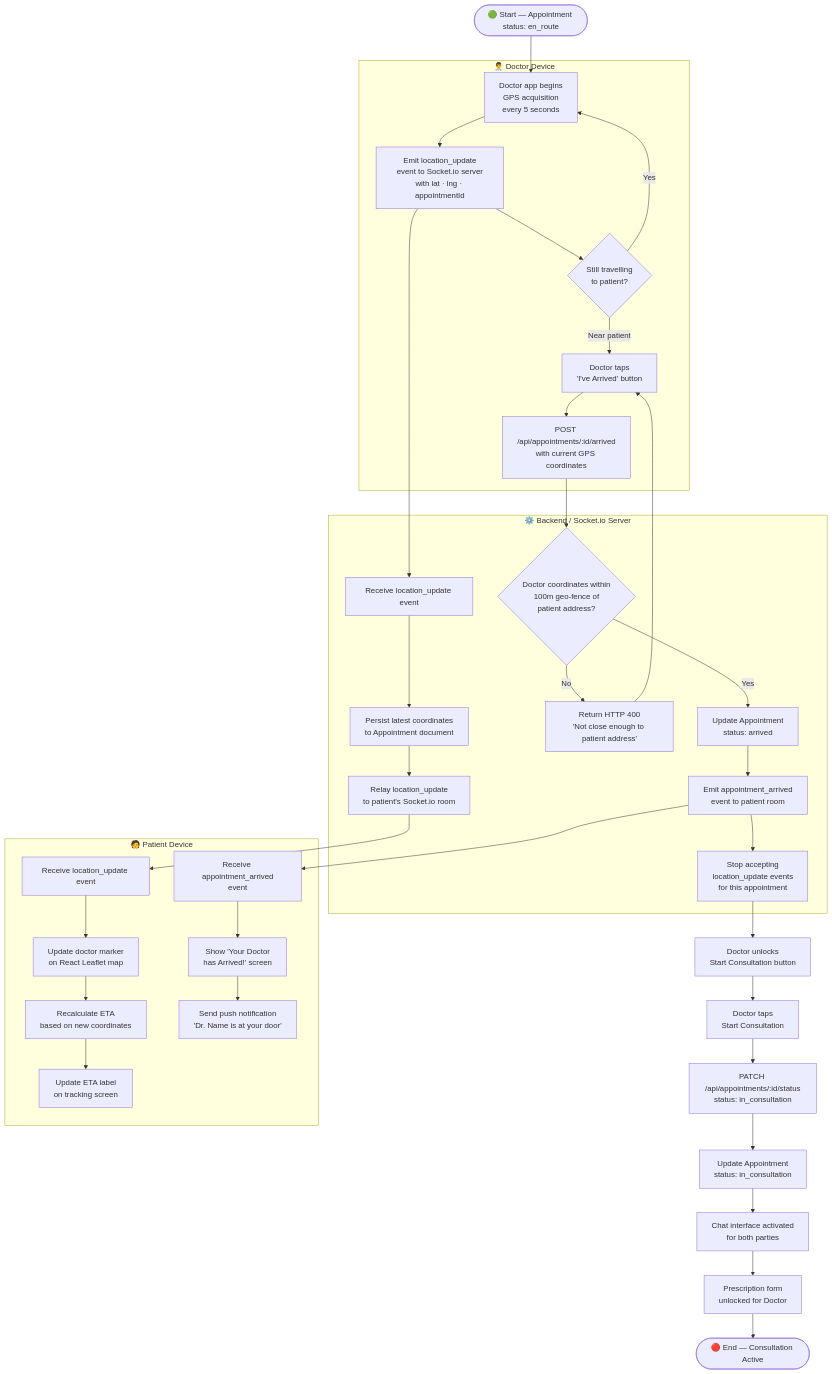
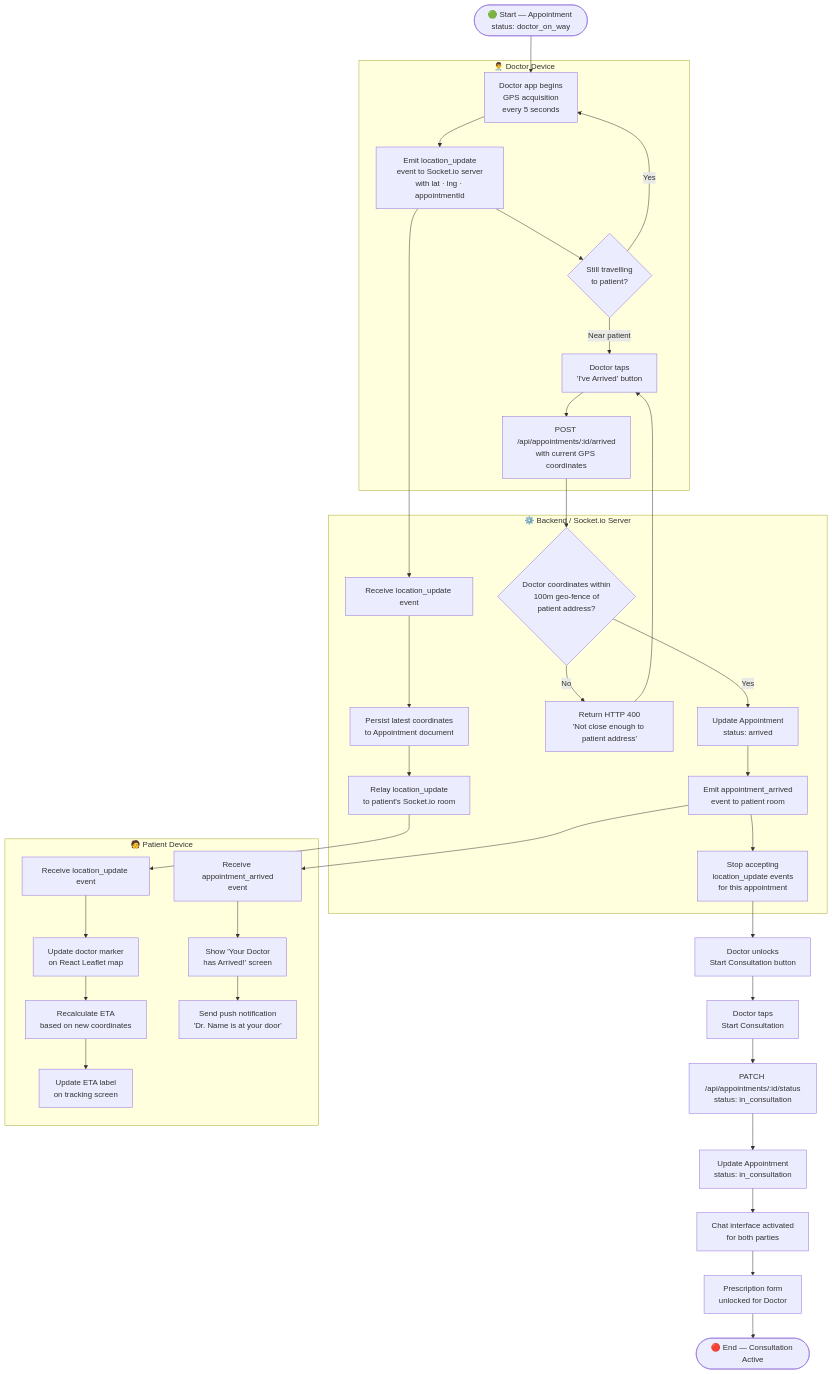
The fifth of 9 diagrams in Documents/Activity_Diagrams.md (Vansh-Vaishnani/DocDock), drawn with Mermaid before and after one commit. The commit also changed other lines of this file and 16 other files, not shown here.

Commit message:
feat: initialize project documentation including system architecture, design specifications, and development roadmap

````diff
--- a/Documents/Activity_Diagrams.md
+++ b/Documents/Activity_Diagrams.md
@@ -380,48 +371,48 @@
 ```mermaid
 flowchart TD
-    Start([🟢 Start — Appointment status: en_route]) --> A
+    Start([🟢 Start — Appointment status: doctor_on_way]) --> A
 
     subgraph DOCTOR ["👨‍⚕️ Doctor Device"]
         A[Doctor app begins\nGPS acquisition\nevery 5 seconds]
         A --> B[Emit location_update\nevent to Socket.io server\nwith lat · lng · appointmentId]
         B --> C{Still travelling\nto patient?}
         C -- Yes --> A
         C -- Near patient --> D[Doctor taps\n'I've Arrived' button]
         D --> E[POST /api/appointments/:id/arrived\nwith current GPS coordinates]
     end
 
     subgraph SERVER ["⚙️ Backend / Socket.io Server"]
         F[Receive location_update event]
         F --> G[Persist latest coordinates\nto Appointment document]
         G --> H[Relay location_update\nto patient's Socket.io room]
 
         E --> I{Doctor coordinates within\n100m geo-fence of\npatient address?}
         I -- No --> J[Return HTTP 400\n'Not close enough to patient address']
         J --> D
         I -- Yes --> K[Update Appointment\nstatus: arrived]
         K --> L[Emit appointment_arrived\nevent to patient room]
         L --> M[Stop accepting\nlocation_update events\nfor this appointment]
     end
 
     subgraph PATIENT ["🧑 Patient Device"]
         N[Receive location_update event]
         N --> O[Update doctor marker\non React Leaflet map]
         O --> P[Recalculate ETA\nbased on new coordinates]
         P --> Q[Update ETA label\non tracking screen]
 
         L --> R[Receive appointment_arrived\nevent]
         R --> S[Show 'Your Doctor\nhas Arrived!' screen]
         S --> T[Send push notification\n'Dr. Name is at your door']
     end
 
     B --> F
     H --> N
 
     M --> U[Doctor unlocks\nStart Consultation button]
     U --> V[Doctor taps\nStart Consultation]
     V --> W[PATCH /api/appointments/:id/status\nstatus: in_consultation]
     W --> X[Update Appointment\nstatus: in_consultation]
     X --> Y[Chat interface activated\nfor both parties]
     Y --> Z[Prescription form\nunlocked for Doctor]
     Z --> End([🔴 End — Consultation Active])
 ```
````
